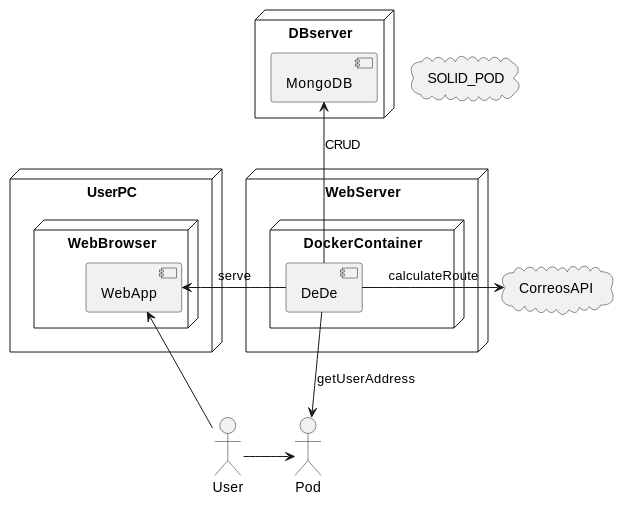
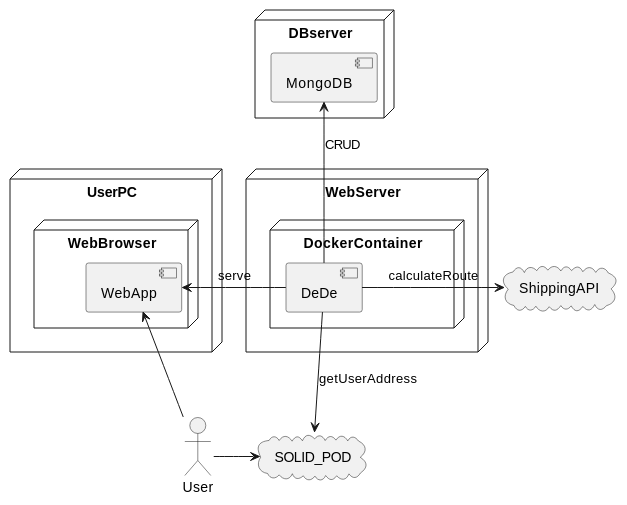
The diagram in docs/07_deployment_view.adoc (Arquisoft/dede_en1b), drawn with PlantUML before and after one commit. The commit also changed other lines of this file and 4 other files, not shown here.

```diff
--- a/docs/07_deployment_view.adoc
+++ b/docs/07_deployment_view.adoc
@@ -10,34 +10,34 @@
 [plantuml]
 ....
 @startuml 07_DeploymentView_V0
 node UserPC {
     node WebBrowser {
         component WebApp 
     }
 }
 
 node WebServer{
     node DockerContainer {
         component DeDe
     }
 }
 
 cloud SOLID_POD
 
 node DBserver {
     component MongoDB
 }
 
 actor User
 
-cloud CorreosAPI
+cloud ShippingAPI
 
 DeDe -u-> MongoDB : CRUD
-DeDe -d-> Pod : getUserAddress
+DeDe -d-> SOLID_POD : getUserAddress
 DeDe -l-> WebApp : serve
-DeDe -r-> CorreosAPI : calculateRoute
-Pod <-l- User
+DeDe -r-> ShippingAPI : calculateRoute
+SOLID_POD <-l- User
 WebApp <-d- User
 
 @enduml
 ....
```
